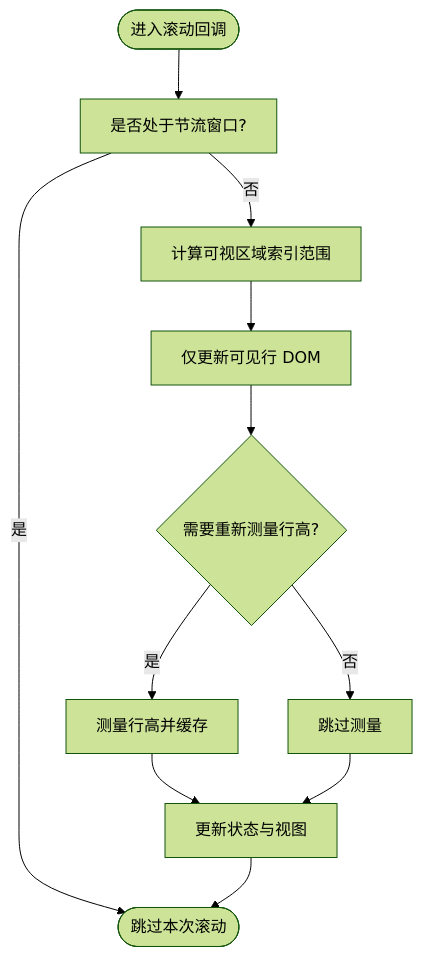
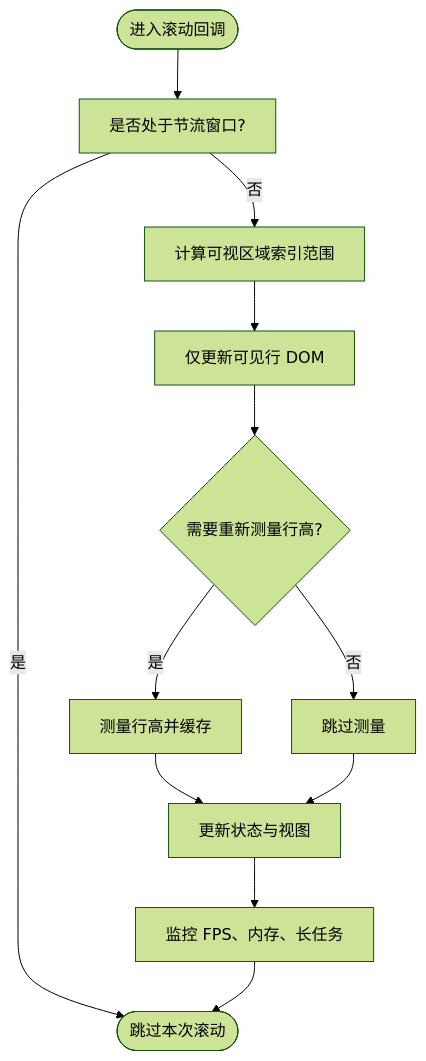
The third of 5 diagrams in .qoder/repowiki/zh/content/性能优化/性能监控与分析.md (ja-plus/stk-table-vue), drawn with Mermaid (forest theme) before and after one commit. The commit also changed other lines of this file and 12 other files, not shown here.

````diff
--- a/.qoder/repowiki/zh/content/性能优化/性能监控与分析.md
+++ b/.qoder/repowiki/zh/content/性能优化/性能监控与分析.md
@@ -133,13 +156,14 @@
 ```mermaid
 flowchart TD
 Start(["进入滚动回调"]) --> CheckThrottle["是否处于节流窗口?"]
 CheckThrottle --> |是| End(["跳过本次滚动"])
 CheckThrottle --> |否| CalcVisible["计算可视区域索引范围"]
 CalcVisible --> UpdateDOM["仅更新可见行 DOM"]
 UpdateDOM --> MeasureIfNeeded{"需要重新测量行高?"}
 MeasureIfNeeded --> |是| Measure["测量行高并缓存"]
 MeasureIfNeeded --> |否| SkipMeasure["跳过测量"]
 Measure --> UpdateState["更新状态与视图"]
 SkipMeasure --> UpdateState
-UpdateState --> End
+UpdateState --> Monitor["监控 FPS、内存、长任务"]
+Monitor --> End
 ```
````
